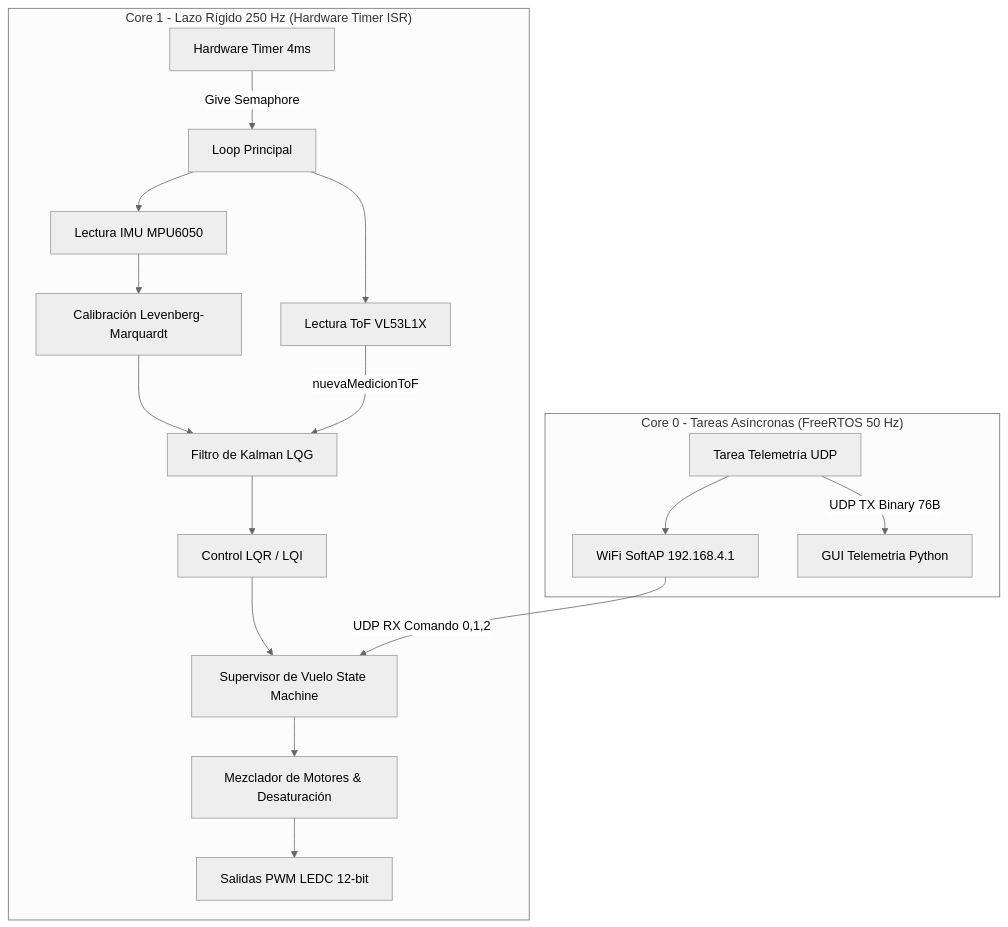
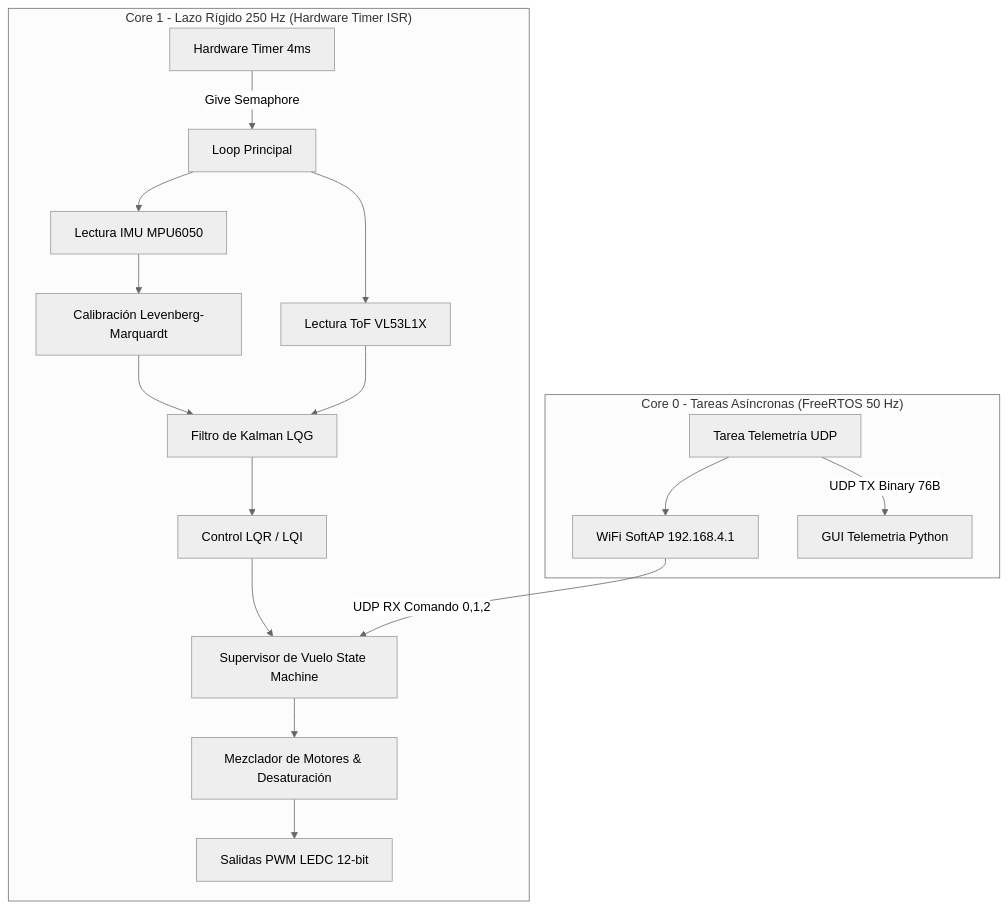
The first of 2 diagrams in README.md (Ogas123/firmware_dron), drawn with Mermaid (neutral theme) before and after one commit. The commit also changed other lines of this file and 3 other files, not shown here.

````diff
--- a/README.md
+++ b/README.md
@@ -19,21 +19,21 @@
 ```mermaid
 graph TD
     subgraph "Core 1 - Lazo Rígido 250 Hz (Hardware Timer ISR)"
         ISR[Hardware Timer 4ms] -->|Give Semaphore| Loop[Loop Principal]
         Loop --> IMU[Lectura IMU MPU6050]
         Loop --> ToF[Lectura ToF VL53L1X]
         IMU --> LM[Calibración Levenberg-Marquardt]
         LM --> Kalman[Filtro de Kalman LQG]
-        ToF -->|nuevaMedicionToF| Kalman
+        ToF --> Kalman
         Kalman --> LQR[Control LQR / LQI]
         LQR --> Sup[Supervisor de Vuelo State Machine]
         Sup --> Mixer[Mezclador de Motores & Desaturación]
         Mixer --> LEDC[Salidas PWM LEDC 12-bit]
     end
 
     subgraph "Core 0 - Tareas Asíncronas (FreeRTOS 50 Hz)"
         Telemetria[Tarea Telemetría UDP] --> WiFi[WiFi SoftAP 192.168.4.1]
         WiFi -->|UDP RX Comando 0,1,2| Sup
         Telemetria -->|UDP TX Binary 76B| PC[GUI Telemetria Python]
     end
 ```
````
